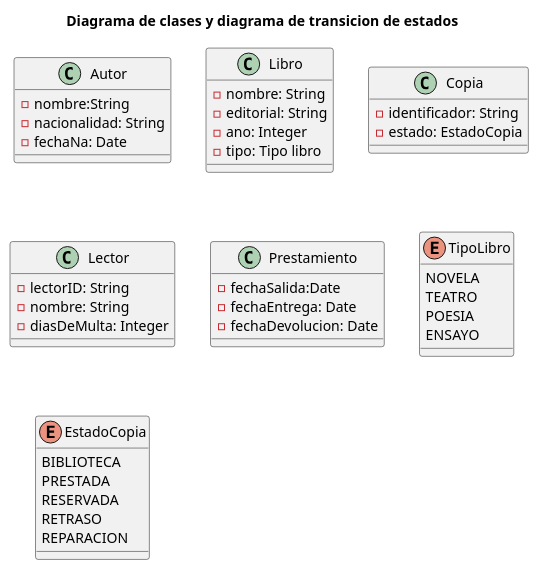
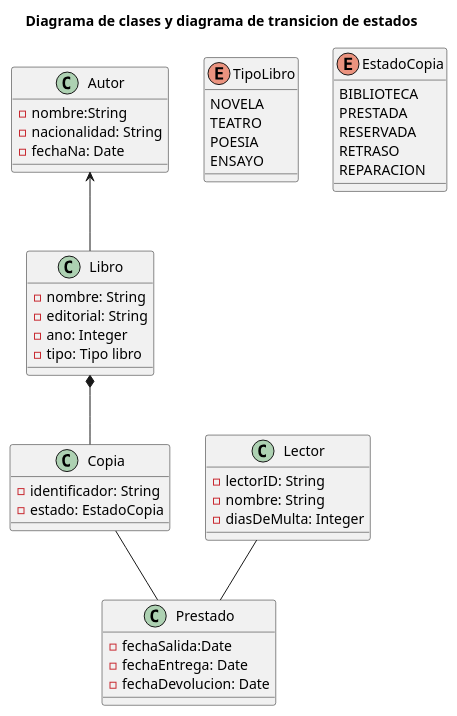
One commit to Atzlares/DiagramasUML changed the diagram in EjerciciosUML/EjerciciosUML/src/plantUMLDiagramas/Ejercicio3.puml. Above: the diagram before and after it, drawn with PlantUML. The commit also changed 2 other files, not shown here.

```diff
--- a/EjerciciosUML/EjerciciosUML/src/plantUMLDiagramas/Ejercicio3.puml
+++ b/EjerciciosUML/EjerciciosUML/src/plantUMLDiagramas/Ejercicio3.puml
@@ -1,54 +1,57 @@
 @startuml
 title Diagrama de clases y diagrama de transicion de estados
 
 
 class Autor{
 -nombre:String
 -nacionalidad: String
 -fechaNa: Date
 }
 
 class Libro{
 -nombre: String
 -editorial: String
 -ano: Integer
 -tipo: Tipo libro
 
 }
 
 class Copia{
 -identificador: String
 -estado: EstadoCopia
 }
 
 class Lector{
 -lectorID: String
 -nombre: String
 -diasDeMulta: Integer
 }
 
-class Prestamiento{
+class Prestado{
 -fechaSalida:Date
 -fechaEntrega: Date
 -fechaDevolucion: Date
 }
 
 enum TipoLibro{
 NOVELA
 TEATRO
 POESIA
 ENSAYO
 }
 
 enum EstadoCopia{
 BIBLIOTECA
 PRESTADA
 RESERVADA
 RETRASO
 REPARACION
 }
 
-
+Autor <-- Libro
+Libro *-- Copia
+Lector -- Prestado
+Copia -- Prestado
 
 
 @enduml
```
